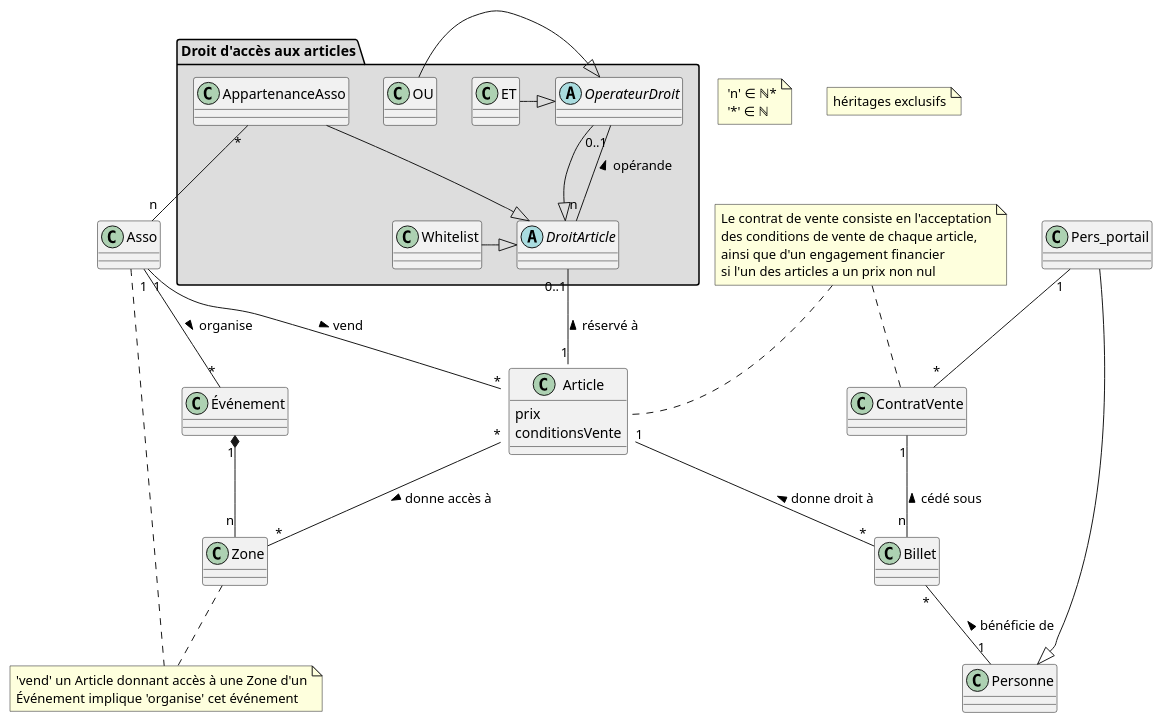
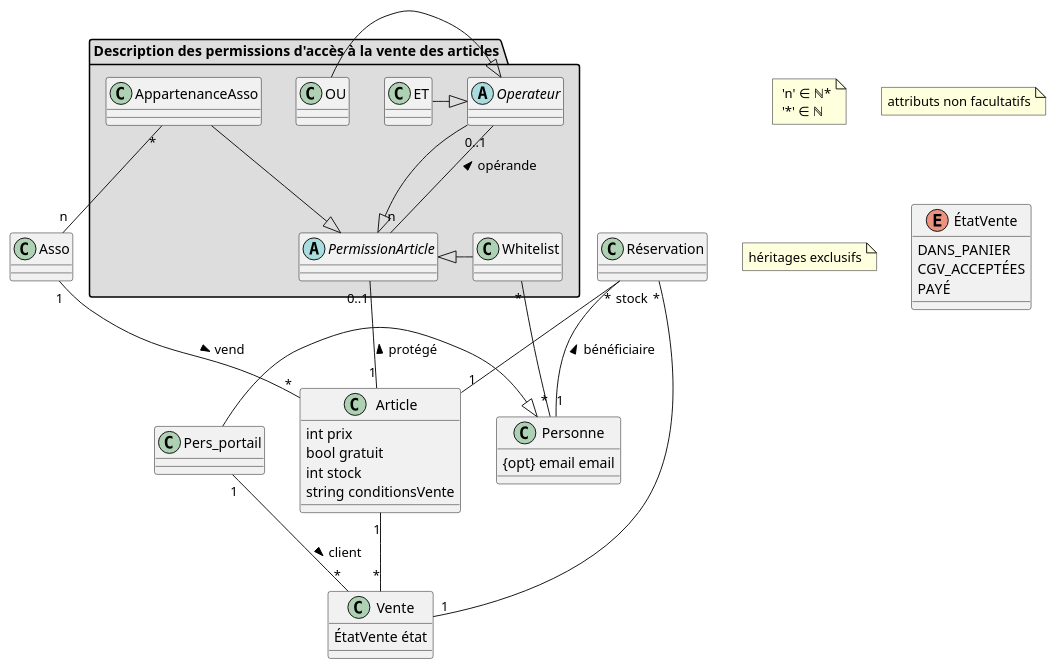
One commit to SiMDE-Projects/sparkle changed the diagram in doc-assets/concepts.puml. Above: the diagram before and after it, drawn with PlantUML.

Commit message:
drop gestion acces + meilleure terminologie + etat resa

```diff
--- a/doc-assets/concepts.puml
+++ b/doc-assets/concepts.puml
@@ -1,49 +1,53 @@
 @startuml sparkle
 skinparam groupInheritance 2
 
 note " 'n' ∈ ℕ*\n '*' ∈ ℕ" as N1
+note "attributs non facultatifs" as N2
 note "héritages exclusifs" as N3
 
-Article "1" -- "*" Billet : donne droit à <
+Article "1" -- "*" Vente
 
 Asso "1" -- "*" Article : vend >
-Asso "1" -- "*" Événement : organise >
-
-note "'vend' un Article donnant accès à une Zone d'un\nÉvénement implique 'organise' cet événement" as N2
-Asso .. N2
-Zone .. N2
-
-Événement "1" *-- "n" Zone
-Article "*" - "*" Zone : donne accès à >
 
 Pers_portail -|> Personne
 
-Billet "*" -- "1" Personne : bénéficie de <
+class Personne {
+	{opt} email email
+}
 
+Réservation "stock" -- "1" Article
+Réservation "*" -- "1" Personne : bénéficiaire <
+Réservation "*" -- "1" Vente
 
-Pers_portail "1" -- "*" ContratVente
-ContratVente "1" -- "n" Billet : cédé sous <
-note "Le contrat de vente consiste en l'acceptation\ndes conditions de vente de chaque article,\nainsi que d'un engagement financier\nsi l'un des articles a un prix non nul" as N4
-N4 .. ContratVente
-N4 .. Article::prix
+Vente : ÉtatVente état
 
+enum ÉtatVente {
+	DANS_PANIER
+	CGV_ACCEPTÉES
+	PAYÉ
+}
 
-Article : prix
-Article : conditionsVente
+Pers_portail "1" -- "*" Vente : client >
 
-package "Droit d'accès aux articles" #DDDDDD {
+Article : int prix
+Article : bool gratuit
+Article : int stock
+Article : string conditionsVente
 
-abstract DroitArticle
-abstract OperateurDroit
-OperateurDroit --|> DroitArticle
-OperateurDroit "0..1" -- "n" DroitArticle : opérande <
-ET -|> OperateurDroit
-OU -|> OperateurDroit
-Whitelist -|> DroitArticle
-AppartenanceAsso --|> DroitArticle
+package "Description des permissions d'accès à la vente des articles" #DDDDDD {
+
+abstract PermissionArticle
+abstract Operateur
+Operateur --|> PermissionArticle
+Operateur "0..1" -- "n" PermissionArticle : opérande <
+ET -|> Operateur
+OU -|> Operateur
+Whitelist -|> PermissionArticle
+Whitelist "*" -- "*" Personne
+AppartenanceAsso --|> PermissionArticle
 AppartenanceAsso "*" -- "n" Asso
-Article "1" -- "0..1" DroitArticle : réservé à >
+Article "1" -- "0..1" PermissionArticle : protégé >
 
 }
 
 @enduml
```
